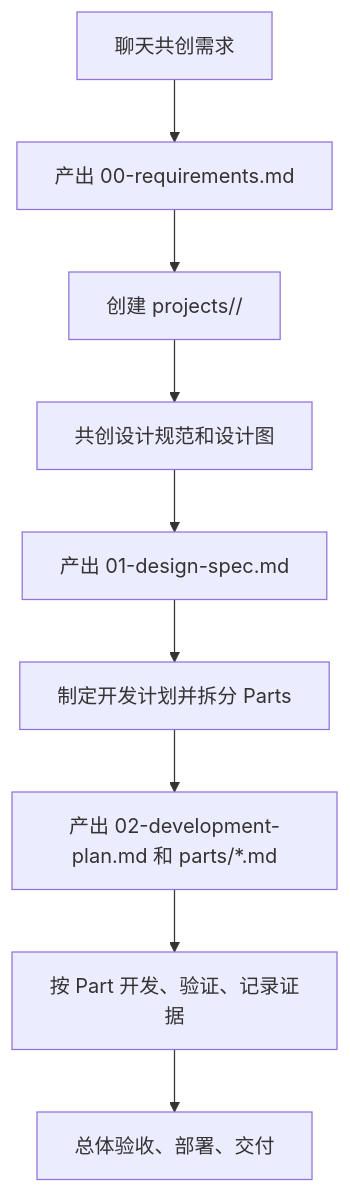
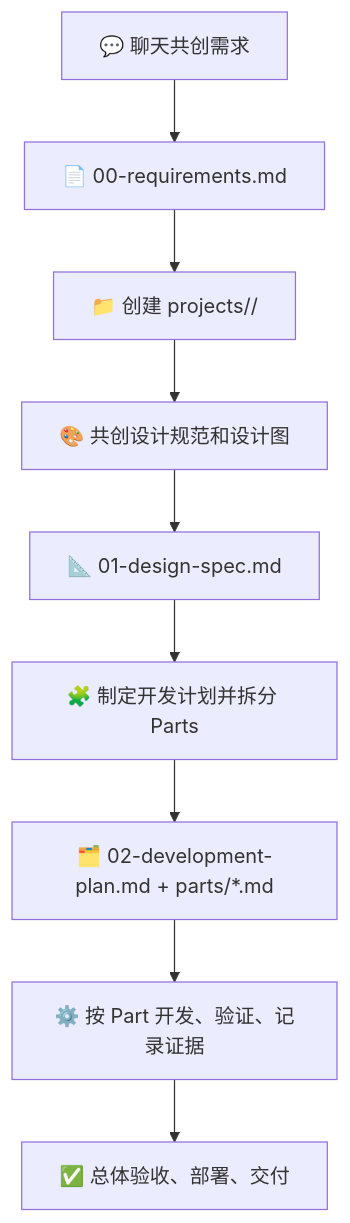
The diagram in README.md (Jankin-Chen123/agent-workflow-pack), drawn with Mermaid before and after one commit. The commit also changed other lines of this file, not shown here.

````diff
--- a/README.md
+++ b/README.md
@@ -20,11 +33,11 @@
 ```mermaid
 flowchart TD
-  A["聊天共创需求"] --> B["产出 00-requirements.md"]
-  B --> C["创建 projects/<project-slug>/"]
-  C --> D["共创设计规范和设计图"]
-  D --> E["产出 01-design-spec.md"]
-  E --> F["制定开发计划并拆分 Parts"]
-  F --> G["产出 02-development-plan.md 和 parts/*.md"]
-  G --> H["按 Part 开发、验证、记录证据"]
-  H --> I["总体验收、部署、交付"]
+  A["💬 聊天共创需求"] --> B["📄 00-requirements.md"]
+  B --> C["📁 创建 projects/<project-slug>/"]
+  C --> D["🎨 共创设计规范和设计图"]
+  D --> E["📐 01-design-spec.md"]
+  E --> F["🧩 制定开发计划并拆分 Parts"]
+  F --> G["🗂️ 02-development-plan.md + parts/*.md"]
+  G --> H["⚙️ 按 Part 开发、验证、记录证据"]
+  H --> I["✅ 总体验收、部署、交付"]
 ```
````
